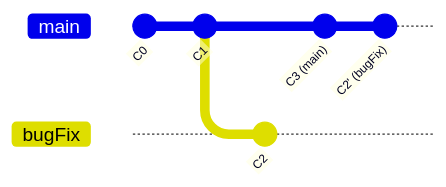
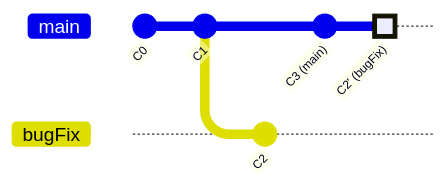
Before and after one commit to heng1025/git-slides: the fourth of 11 diagrams in slides.md, drawn with Mermaid. The commit also changed other lines of this file and 1 other file, not shown here.

````diff
--- a/slides.md
+++ b/slides.md
@@ -119,10 +126,10 @@
 ```mermaid
 gitGraph
   commit id: "C0"
   commit id: "C1"
   branch bugFix
   commit id: "C2"
   checkout main
   commit id: "C3 (main)"
-  commit id: "C2' (bugFix)"
+  commit id: "C2' (bugFix)" type: HIGHLIGHT
 ```
````
